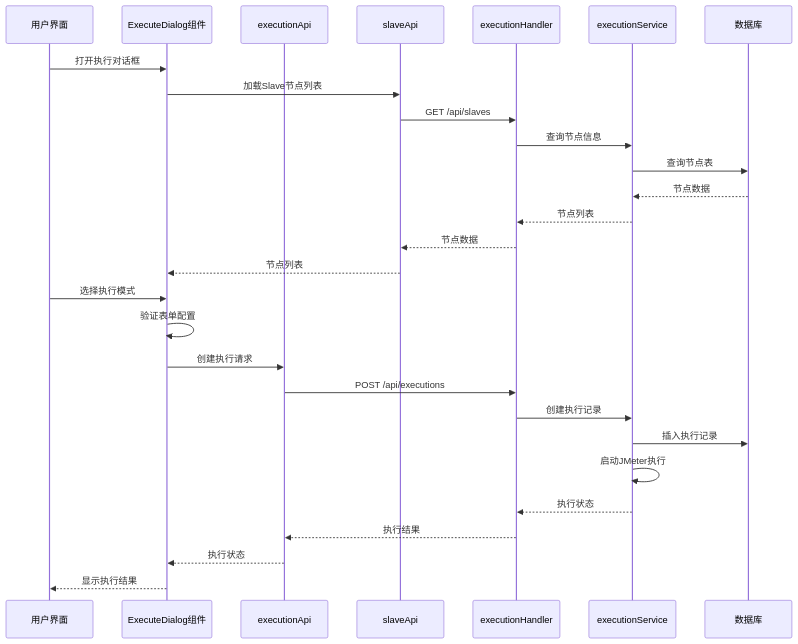
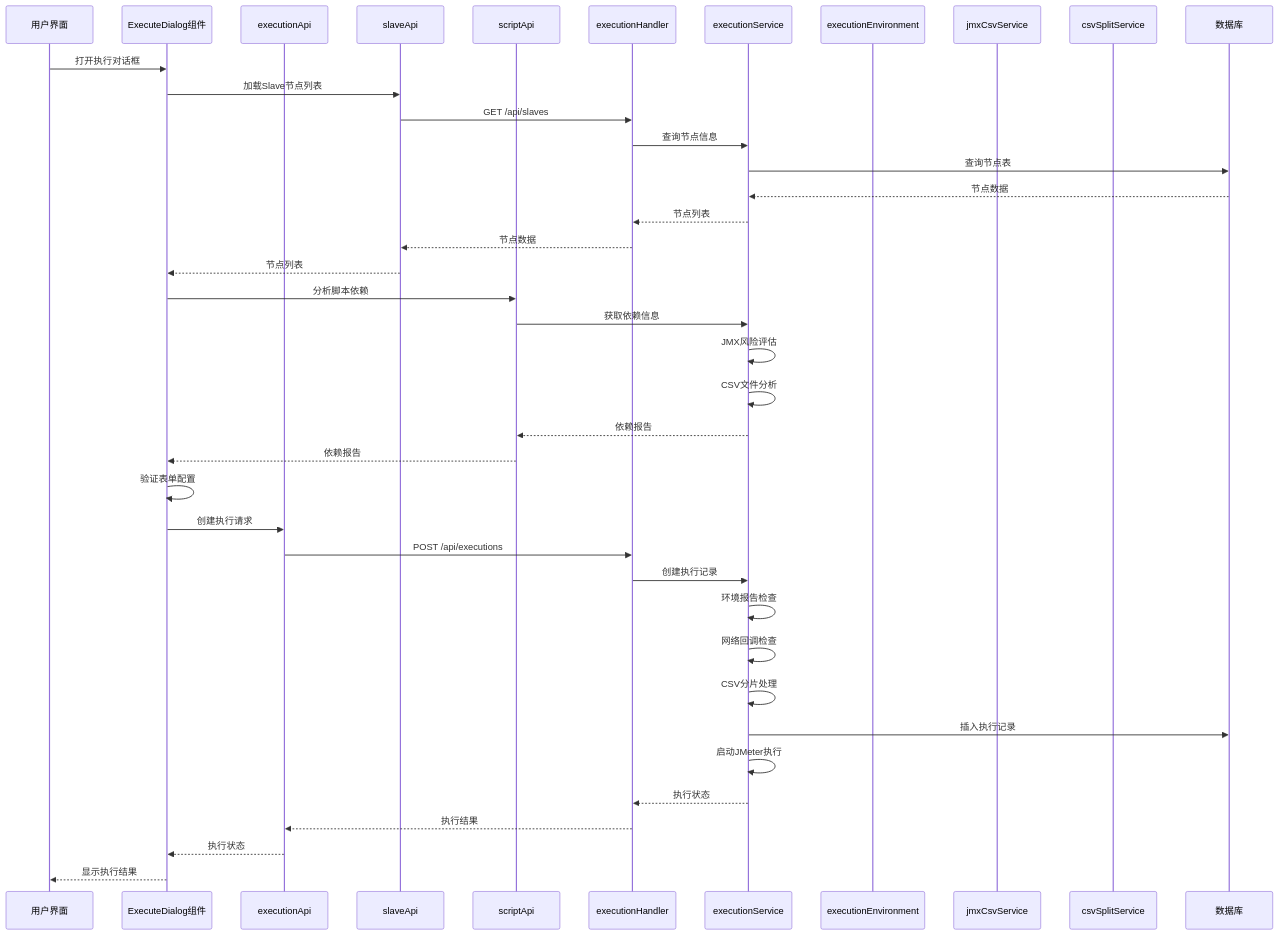
The second of 10 diagrams in .qoder/repowiki/zh/content/前端组件详解/执行对话框组件.md (Liyuhao02/Jmeter-Admin), drawn with Mermaid before and after one commit. The commit also changed other lines of this file and 7 other files, not shown here.

````diff
--- a/.qoder/repowiki/zh/content/前端组件详解/执行对话框组件.md
+++ b/.qoder/repowiki/zh/content/前端组件详解/执行对话框组件.md
@@ -102,30 +135,42 @@
 ```mermaid
 sequenceDiagram
 participant U as 用户界面
 participant ED as ExecuteDialog组件
 participant EA as executionApi
 participant SA as slaveApi
+participant SC as scriptApi
 participant EH as executionHandler
 participant ES as executionService
+participant EE as executionEnvironment
+participant JC as jmxCsvService
+participant CS as csvSplitService
 participant DB as 数据库
 U->>ED : 打开执行对话框
 ED->>SA : 加载Slave节点列表
 SA->>EH : GET /api/slaves
 EH->>ES : 查询节点信息
 ES->>DB : 查询节点表
 DB-->>ES : 节点数据
 ES-->>EH : 节点列表
 EH-->>SA : 节点数据
 SA-->>ED : 节点列表
-U->>ED : 选择执行模式
+ED->>SC : 分析脚本依赖
+SC->>ES : 获取依赖信息
+ES->>ES : JMX风险评估
+ES->>ES : CSV文件分析
+ES-->>SC : 依赖报告
+SC-->>ED : 依赖报告
 ED->>ED : 验证表单配置
 ED->>EA : 创建执行请求
 EA->>EH : POST /api/executions
 EH->>ES : 创建执行记录
+ES->>ES : 环境报告检查
+ES->>ES : 网络回调检查
+ES->>ES : CSV分片处理
 ES->>DB : 插入执行记录
 ES->>ES : 启动JMeter执行
 ES-->>EH : 执行状态
 EH-->>EA : 执行结果
 EA-->>ED : 执行状态
 ED-->>U : 显示执行结果
 ```
````
